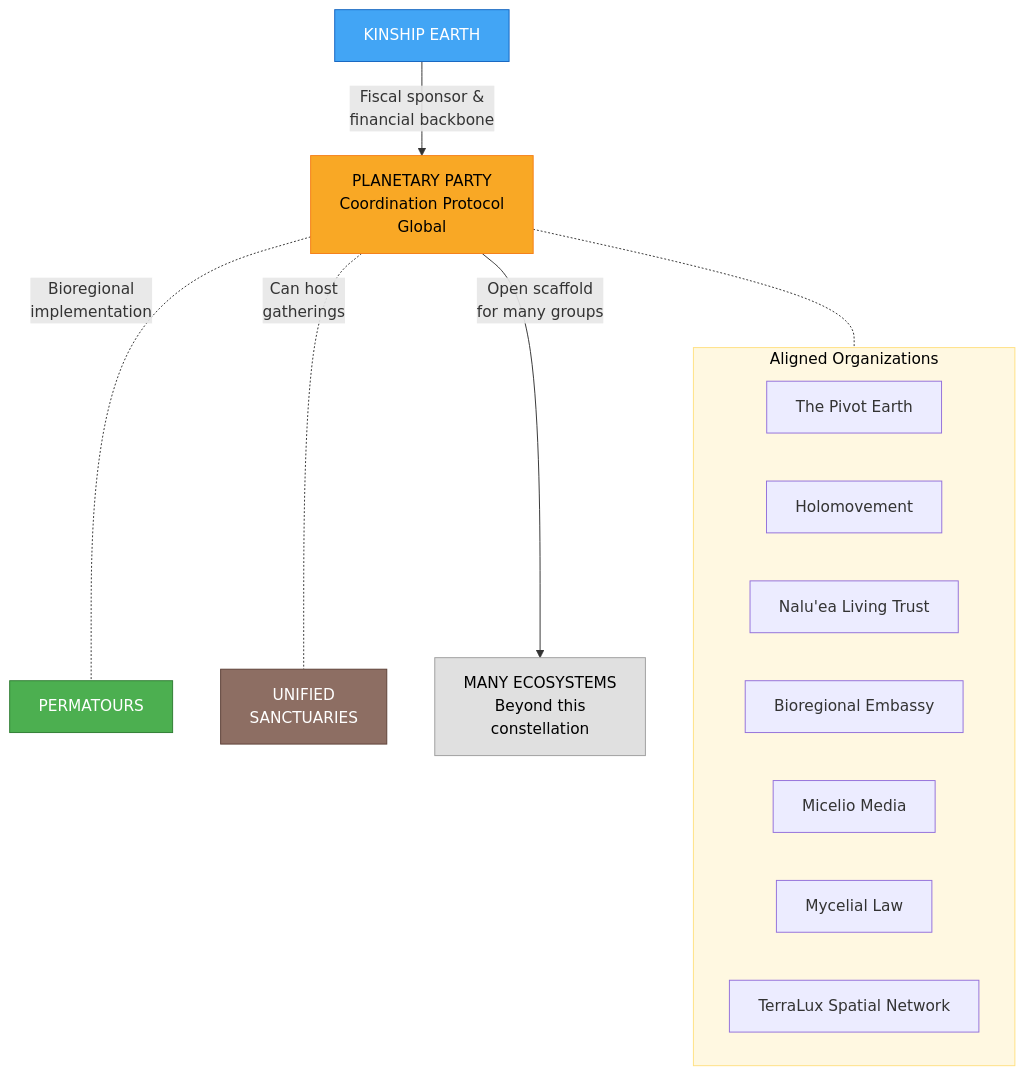
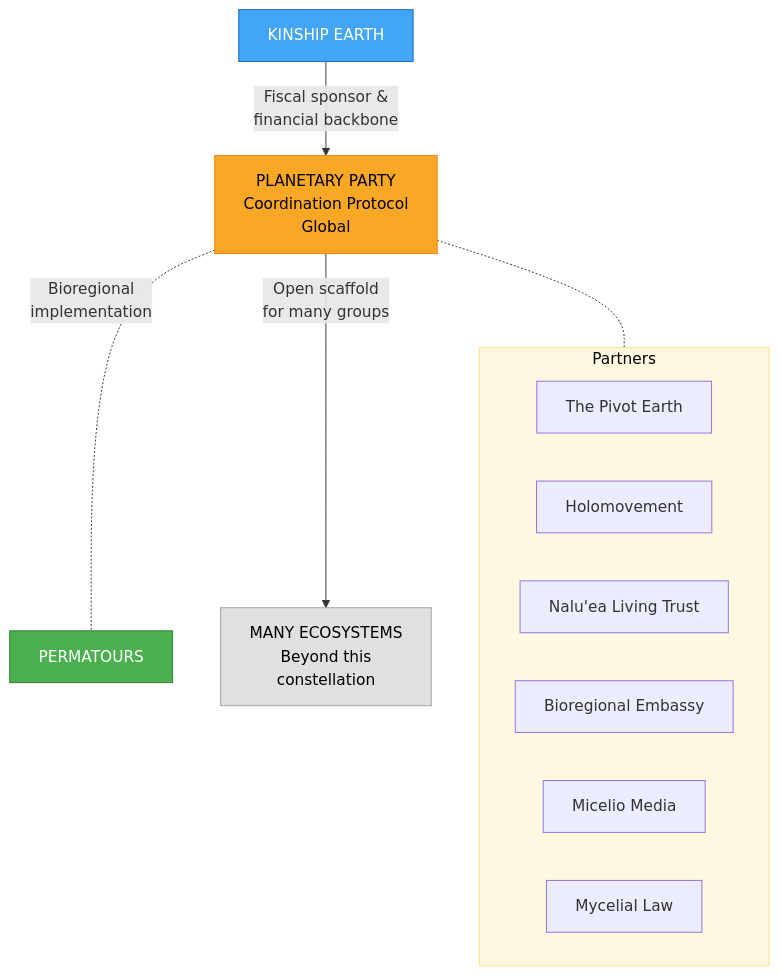
One commit to Light-Brands/sydney changed the sixth of 6 diagrams in planetary-party/EXECUTIVE-SUMMARY.md. Above: the diagram before and after it, drawn with Mermaid. The commit also changed other lines of this file, not shown here.

First line of the commit message:
Update executive summary: consolidate partners, remove Unified Sanctuaries and TerraLux, revise summary

````diff
--- a/planetary-party/EXECUTIVE-SUMMARY.md
+++ b/planetary-party/EXECUTIVE-SUMMARY.md
@@ -260,28 +260,25 @@
 ```mermaid
 flowchart TD
     PP["PLANETARY PARTY<br/>Coordination Protocol<br/>Global"]
 
     KE["KINSHIP EARTH"] -->|"Fiscal sponsor &<br/>financial backbone"| PP
     PP -.-|"Bioregional<br/>implementation"| PT["PERMATOURS"]
-    PP -.-|"Can host<br/>gatherings"| US["UNIFIED<br/>SANCTUARIES"]
     PP -->|"Open scaffold<br/>for many groups"| MANY["MANY ECOSYSTEMS<br/>Beyond this<br/>constellation"]
 
-    subgraph ALIGNED["Aligned Organizations"]
+    subgraph PARTNERS["Partners"]
         A1["The Pivot Earth"]
         A2["Holomovement"]
         A3["Nalu'ea Living Trust"]
         A4["Bioregional Embassy"]
         A5["Micelio Media"]
         A6["Mycelial Law"]
-        A7["TerraLux Spatial Network"]
     end
 
-    PP -.- ALIGNED
+    PP -.- PARTNERS
 
     style PP fill:#F9A825,stroke:#F57F17,color:#000
     style KE fill:#42A5F5,stroke:#1565C0,color:#fff
     style PT fill:#4CAF50,stroke:#2E7D32,color:#fff
-    style US fill:#8D6E63,stroke:#5D4037,color:#fff
     style MANY fill:#E0E0E0,stroke:#9E9E9E,color:#000
-    style ALIGNED fill:#FFF8E1,stroke:#FFE082,color:#000
+    style PARTNERS fill:#FFF8E1,stroke:#FFE082,color:#000
 ```
````
